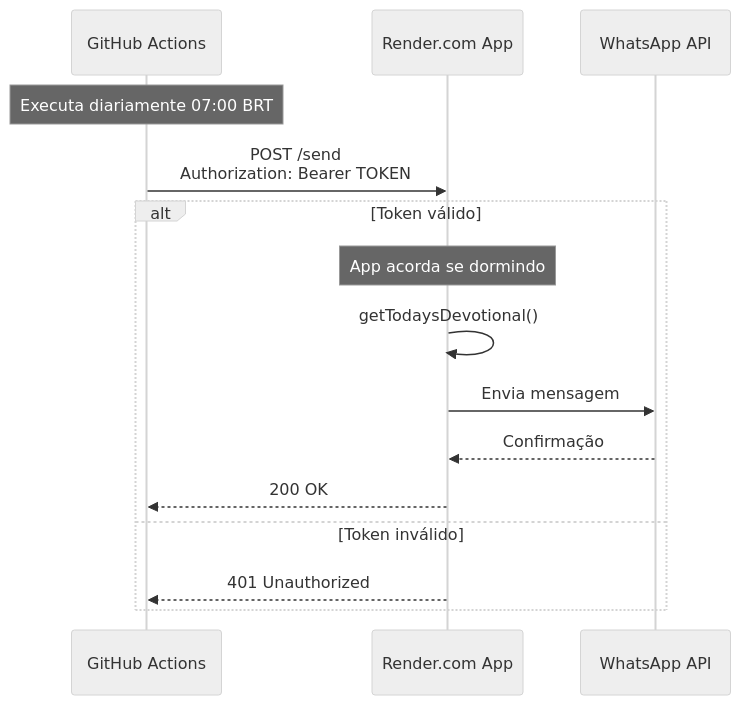
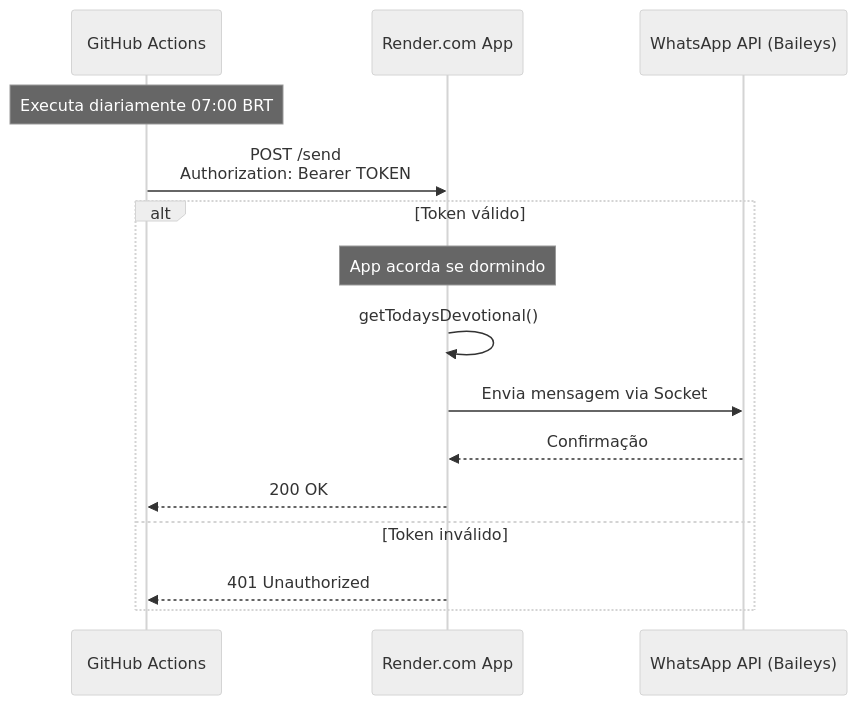
One commit to leandrokanis/devocional-picgama changed the diagram in README.md. Above: the diagram before and after it, drawn with Mermaid (neutral theme). The commit also changed other lines of this file and 6 other files, not shown here.

Commit message:
feat: remove wppconnect and add baileys api

````diff
--- a/README.md
+++ b/README.md
@@ -19,18 +20,18 @@
 ```mermaid
 sequenceDiagram
     participant GHA as GitHub Actions
     participant Render as Render.com App
-    participant WA as WhatsApp API
+    participant WA as WhatsApp API (Baileys)
     
     Note over GHA: Executa diariamente 07:00 BRT
     GHA->>Render: POST /send<br/>Authorization: Bearer TOKEN
     alt Token válido
         Note over Render: App acorda se dormindo
         Render->>Render: getTodaysDevotional()
-        Render->>WA: Envia mensagem
+        Render->>WA: Envia mensagem via Socket
         WA-->>Render: Confirmação
         Render-->>GHA: 200 OK
     else Token inválido
         Render-->>GHA: 401 Unauthorized
     end
 ```
````
